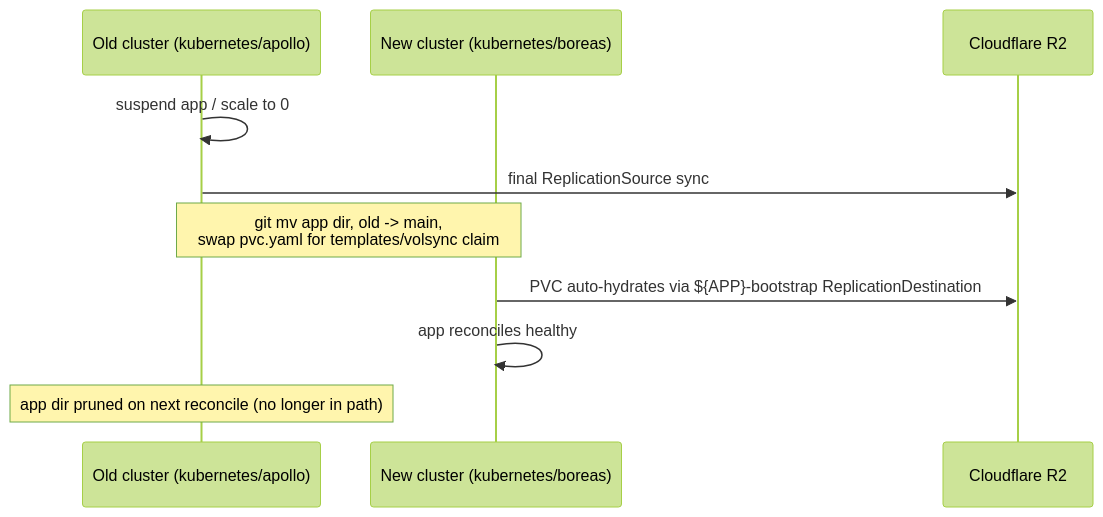
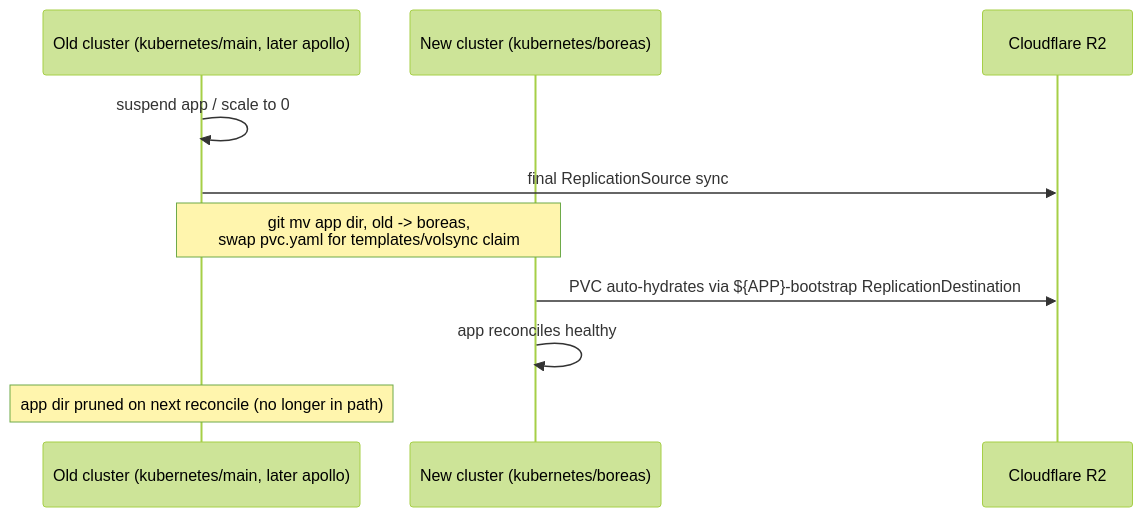
Before and after one commit to evanmoelter/hcc: the second of 2 diagrams in plans/20260816-talos-migration.md, drawn with Mermaid (forest theme). The commit also changed other lines of this file, not shown here.

Commit message:
plan: defer main->apollo rename, name new nodes hcc5-8, flatten headings

````diff
--- a/plans/20260816-talos-migration.md
+++ b/plans/20260816-talos-migration.md
@@ -143,13 +144,13 @@
 ```mermaid
 sequenceDiagram
-    participant Old as Old cluster (kubernetes/apollo)
+    participant Old as Old cluster (kubernetes/main, later apollo)
     participant New as New cluster (kubernetes/boreas)
     participant R2 as Cloudflare R2
 
     Old->>Old: suspend app / scale to 0
     Old->>R2: final ReplicationSource sync
-    Note over Old,New: git mv app dir, old -> main,<br/>swap pvc.yaml for templates/volsync claim
+    Note over Old,New: git mv app dir, old -> boreas,<br/>swap pvc.yaml for templates/volsync claim
     New->>R2: PVC auto-hydrates via ${APP}-bootstrap ReplicationDestination
     New->>New: app reconciles healthy
     Note over Old: app dir pruned on next reconcile (no longer in path)
 ```
````
